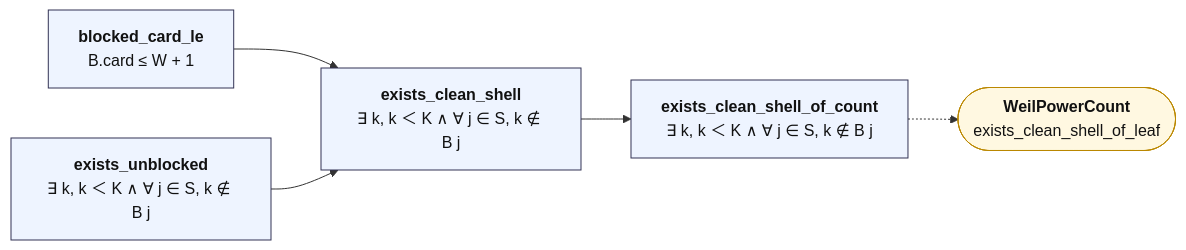
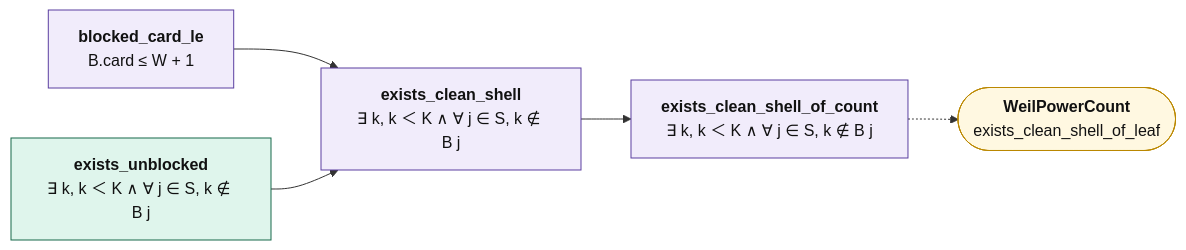
The diagram in map/lean_stage3/WeilPowerClean.md (juliansambranojr/Primebeat_081426), drawn with Mermaid before and after one commit. The commit also changed other lines of this file and 398 other files, not shown here.

````diff
--- a/map/lean_stage3/WeilPowerClean.md
+++ b/map/lean_stage3/WeilPowerClean.md
@@ -12,17 +12,20 @@
 ```mermaid
 flowchart LR
-  n0["<b>blocked_card_le</b><br/>B.card ≤ W + 1"]:::thm
-  n1["<b>exists_unblocked</b><br/>∃ k, k ＜ K ∧ ∀ j ∈ S, k ∉ B j"]:::thm
-  n2["<b>exists_clean_shell</b><br/>∃ k, k ＜ K ∧ ∀ j ∈ S, k ∉ B j"]:::thm
-  n3["<b>exists_clean_shell_of_count</b><br/>∃ k, k ＜ K ∧ ∀ j ∈ S, k ∉ B j"]:::thm
+  n0["<b>blocked_card_le</b><br/>B.card ≤ W + 1"]:::shp
+  n1["<b>exists_unblocked</b><br/>∃ k, k ＜ K ∧ ∀ j ∈ S, k ∉ B j"]:::cnt
+  n2["<b>exists_clean_shell</b><br/>∃ k, k ＜ K ∧ ∀ j ∈ S, k ∉ B j"]:::shp
+  n3["<b>exists_clean_shell_of_count</b><br/>∃ k, k ＜ K ∧ ∀ j ∈ S, k ∉ B j"]:::shp
   x0(["<b>WeilPowerCount</b><br/>exists_clean_shell_of_leaf"]):::ext
   n0 --> n2
   n1 --> n2
   n2 --> n3
   n3 -.-> x0
+  classDef cnt fill:#dff5ec,stroke:#17694a,color:#111
+  classDef shp fill:#f1ecfb,stroke:#5b3fa0,color:#111
+  classDef rh fill:#ffe5e5,stroke:#c22,color:#111,stroke-width:2px
   classDef thm fill:#eef4ff,stroke:#335,color:#111
   classDef end_ fill:#e7f7e7,stroke:#2a7,color:#111,stroke-width:2px
   classDef lone fill:#fff,stroke:#999,color:#111,stroke-dasharray:4 3
   classDef bad fill:#ffe5e5,stroke:#c22,color:#111,stroke-width:2px
   classDef ext fill:#fff8e1,stroke:#b80,color:#111
 ```
````
